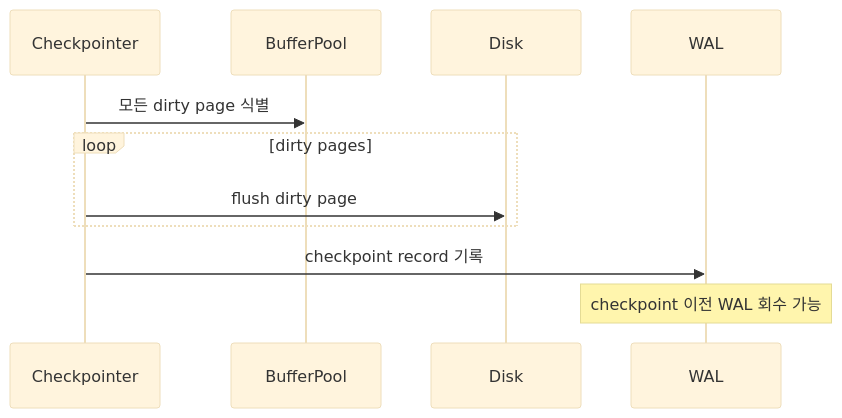
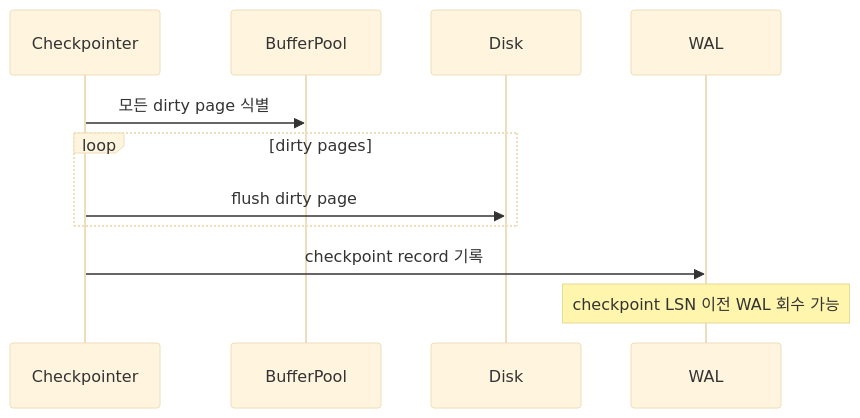
The fifth of 11 diagrams in src/content/wiki/database-internals/wal-write-ahead-log.mdx (shinkeonkim/shinkeonkim.github.io), drawn with Mermaid (base theme) before and after one commit. The commit also changed other lines of this file and 526 other files, not shown here.

First line of the commit message:
content(wiki): 전수조사 및 대규모 보강 (짧은 파일 0, mermaid +645)

````diff
--- a/src/content/wiki/database-internals/wal-write-ahead-log.mdx
+++ b/src/content/wiki/database-internals/wal-write-ahead-log.mdx
@@ -74,9 +124,9 @@
 ```mermaid
 sequenceDiagram
     Checkpointer->>BufferPool: 모든 dirty page 식별
     loop dirty pages
         Checkpointer->>Disk: flush dirty page
     end
     Checkpointer->>WAL: checkpoint record 기록
-    Note over WAL: checkpoint 이전 WAL 회수 가능
+    Note over WAL: checkpoint LSN 이전 WAL 회수 가능
 ```
````
